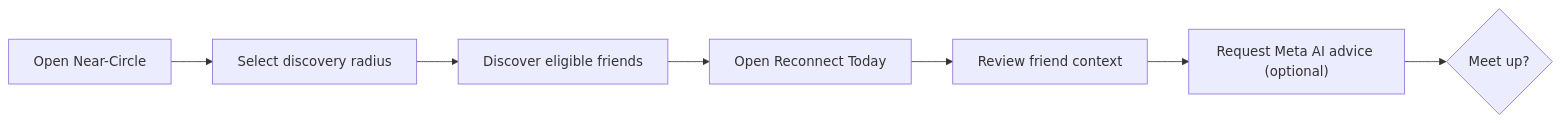
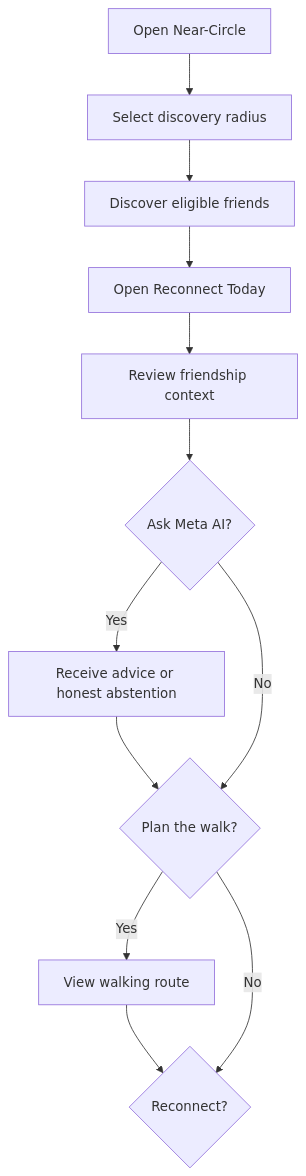
One commit to orq0/near-circle-friend changed the second of 6 diagrams in README.md. Above: the diagram before and after it, drawn with Mermaid. The commit also changed other lines of this file and 7 other files, not shown here.

````diff
--- a/README.md
+++ b/README.md
@@ -140,12 +158,19 @@
 ```mermaid
-flowchart LR
+flowchart TD
     Open2["Open Near-Circle"]
     Radius["Select discovery radius"]
     Discover["Discover eligible friends"]
-    Reconnect["Open Reconnect Today"]
-    Review["Review friend context"]
-    Ask["Request Meta AI advice (optional)"]
-    Decide{"Meet up?"}
+    RecT["Open Reconnect Today"]
+    Review["Review friendship context"]
+    AskQ{"Ask Meta AI?"}
+    Advice["Receive advice or honest abstention"]
+    RouteQ{"Plan the walk?"}
+    RouteV["View walking route"]
+    Decide{"Reconnect?"}
 
-    Open2 --> Radius --> Discover --> Reconnect --> Review --> Ask --> Decide
+    Open2 --> Radius --> Discover --> RecT --> Review --> AskQ
+    AskQ -->|Yes| Advice --> RouteQ
+    AskQ -->|No| RouteQ
+    RouteQ -->|Yes| RouteV --> Decide
+    RouteQ -->|No| Decide
 ```
````
